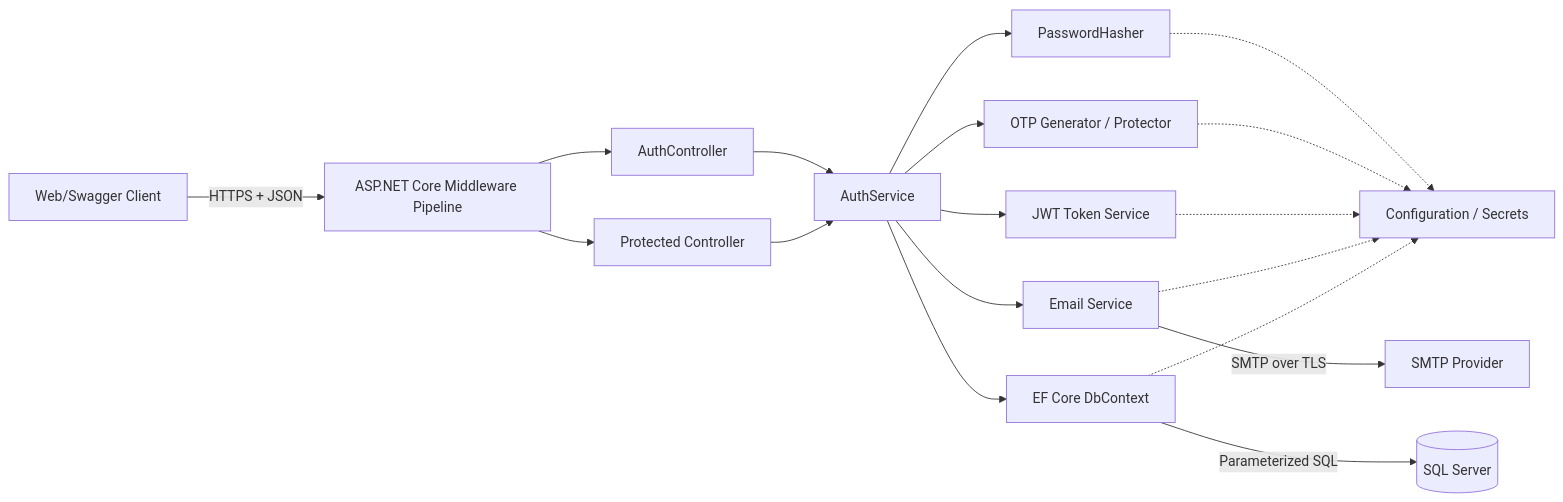
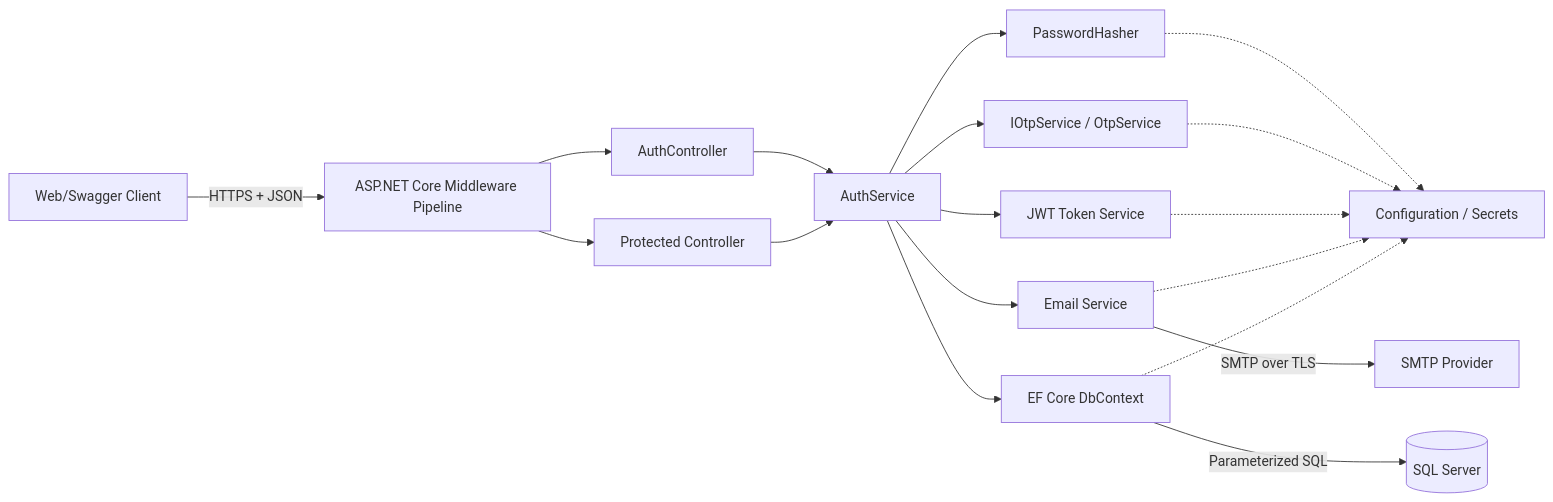
The first of 5 diagrams in docs/ARCHITECTURE.md (ThanhTM68/otp-auth-system), drawn with Mermaid before and after one commit. The commit also changed other lines of this file and 15 other files, not shown here.

````diff
--- a/docs/ARCHITECTURE.md
+++ b/docs/ARCHITECTURE.md
@@ -13,23 +13,23 @@
 ```mermaid
 flowchart LR
     Client[Web/Swagger Client] -->|HTTPS + JSON| Pipeline[ASP.NET Core Middleware Pipeline]
     Pipeline --> AuthController[AuthController]
     Pipeline --> ProtectedController[Protected Controller]
 
     AuthController --> AuthService[AuthService]
     ProtectedController --> AuthService
 
     AuthService --> PasswordHasher[PasswordHasher]
-    AuthService --> OtpProtector[OTP Generator / Protector]
+    AuthService --> OtpService[IOtpService / OtpService]
     AuthService --> JwtService[JWT Token Service]
     AuthService --> EmailService[Email Service]
     AuthService --> DbContext[EF Core DbContext]
 
     DbContext -->|Parameterized SQL| SqlServer[(SQL Server)]
     EmailService -->|SMTP over TLS| Smtp[SMTP Provider]
     PasswordHasher -.-> Config[Configuration / Secrets]
-    OtpProtector -.-> Config
+    OtpService -.-> Config
     JwtService -.-> Config
     EmailService -.-> Config
     DbContext -.-> Config
 ```
````
